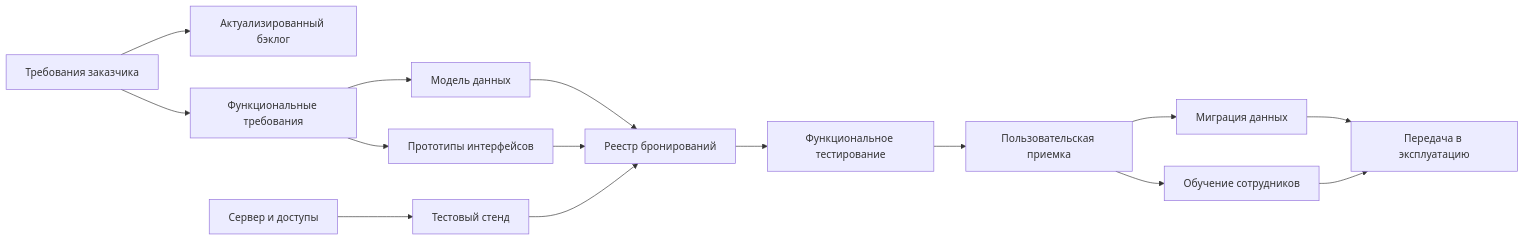
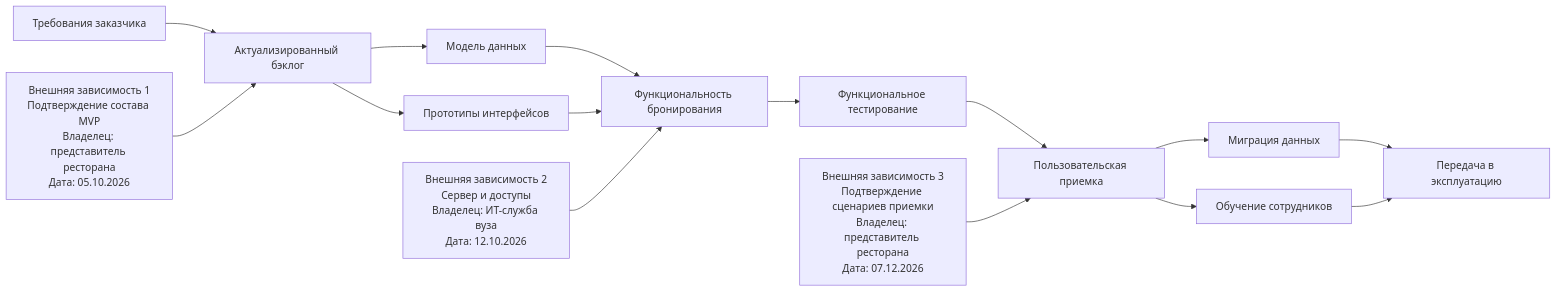
One commit to shadikonm/restaurant-table-booking-system changed the diagram in docs/plan/dependencies.md. Above: the diagram before and after it, drawn with Mermaid.

Commit message:
mermaid
Updated dependency map with external dependencies and clarified relationships.

````diff
--- a/docs/plan/dependencies.md
+++ b/docs/plan/dependencies.md
@@ -3,23 +3,25 @@
 ```mermaid
 graph LR
-    A[Требования заказчика] --> B[Актуализированный бэклог]
-    A --> C[Функциональные требования]
 
-    C --> D[Модель данных]
-    C --> E[Прототипы интерфейсов]
+    A["Требования заказчика"] --> B["Актуализированный бэклог"]
+    B --> C["Модель данных"]
+    B --> D["Прототипы интерфейсов"]
 
-    F[Сервер и доступы] --> G[Тестовый стенд]
+    C --> E["Функциональность бронирования"]
+    D --> E
 
-    D --> H[Реестр бронирований]
-    E --> H
-    G --> H
+    E --> F["Функциональное тестирование"]
+    F --> G["Пользовательская приемка"]
 
-    H --> I[Функциональное тестирование]
-    I --> J[Пользовательская приемка]
+    G --> H["Миграция данных"]
+    G --> I["Обучение сотрудников"]
 
-    J --> K[Миграция данных]
-    J --> L[Обучение сотрудников]
+    H --> J["Передача в эксплуатацию"]
+    I --> J
 
-    K --> M[Передача в эксплуатацию]
-    L --> M
+    X1["Внешняя зависимость 1<br/>Подтверждение состава MVP<br/>Владелец: представитель ресторана<br/>Дата: 05.10.2026"] --> B
+
+    X2["Внешняя зависимость 2<br/>Сервер и доступы<br/>Владелец: ИТ-служба вуза<br/>Дата: 12.10.2026"] --> E
+
+    X3["Внешняя зависимость 3<br/>Подтверждение сценариев приемки<br/>Владелец: представитель ресторана<br/>Дата: 07.12.2026"] --> G
 ```
````
